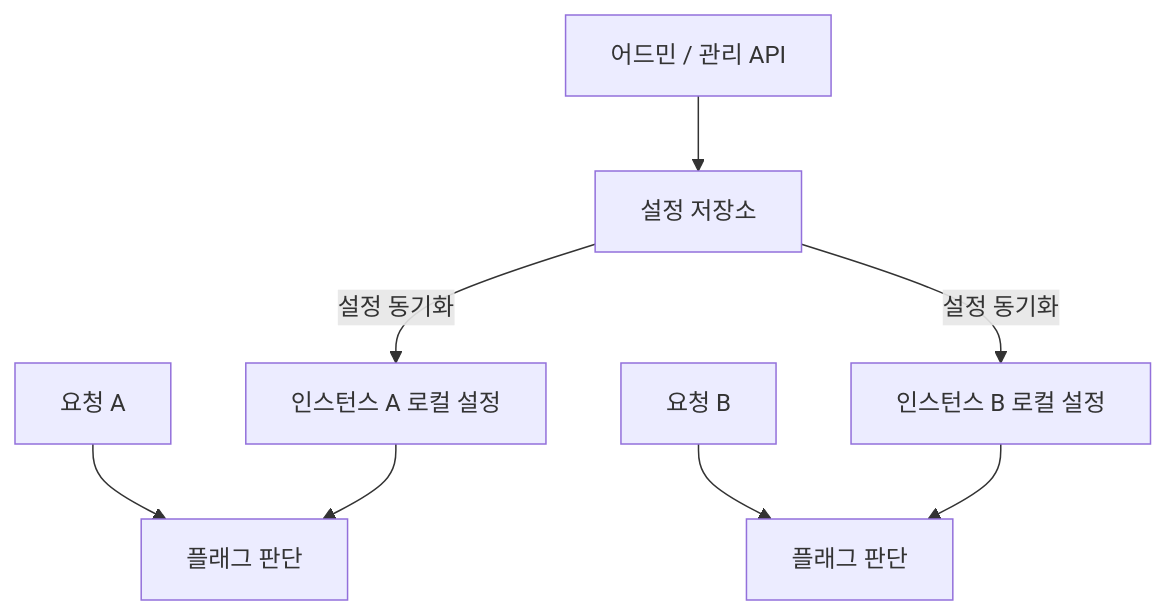
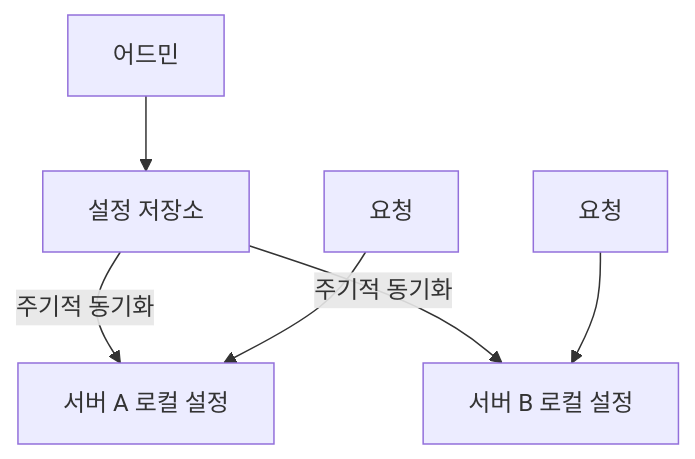
Before and after one commit to jw3418/jw3418.github.io: the second of 4 diagrams in _posts/2026-09-17-feature-toggle.md, drawn with Mermaid. The commit also changed other lines of this file, not shown here.

````diff
--- a/_posts/2026-09-17-feature-toggle.md
+++ b/_posts/2026-09-17-feature-toggle.md
@@ -72,10 +65,9 @@
 ```mermaid
 flowchart TD
-    Admin["어드민 / 관리 API"] --> Store["설정 저장소"]
-    Store -->|설정 동기화| CacheA["인스턴스 A 로컬 설정"]
-    Store -->|설정 동기화| CacheB["인스턴스 B 로컬 설정"]
-    RequestA["요청 A"] --> EvalA["플래그 판단"]
-    RequestB["요청 B"] --> EvalB["플래그 판단"]
-    CacheA --> EvalA
-    CacheB --> EvalB
+    Admin["어드민"] --> Store["설정 저장소"]
+    Store -->|주기적 동기화| A["서버 A 로컬 설정"]
+    Store -->|주기적 동기화| B["서버 B 로컬 설정"]
+
+    ReqA["요청"] --> A
+    ReqB["요청"] --> B
 ```
````
